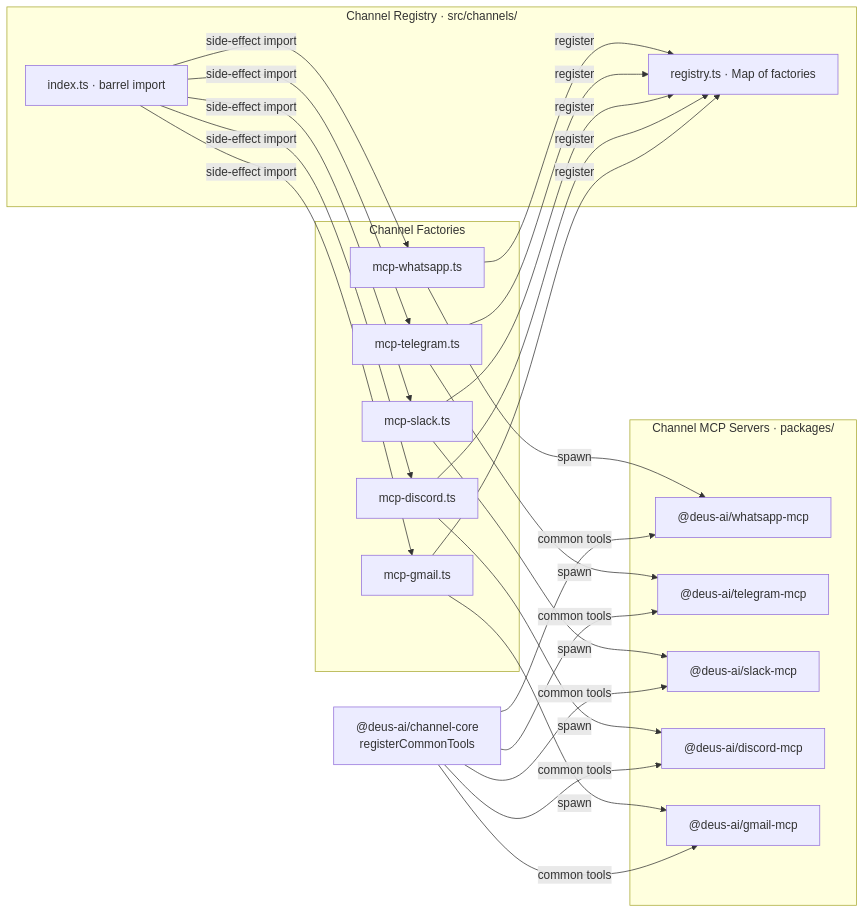
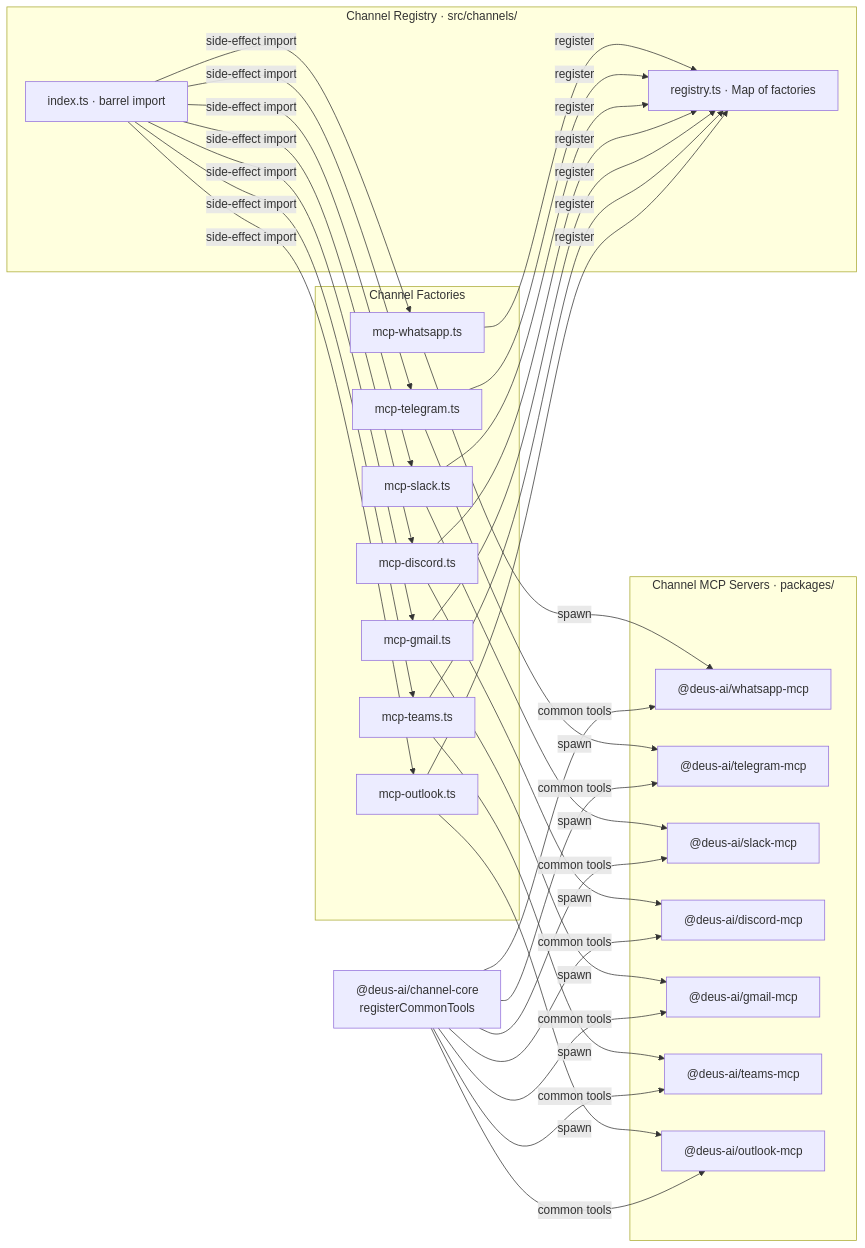
The third of 8 diagrams in docs/ARCHITECTURE.md (sliamh11/deus-v2), drawn with Mermaid before and after one commit. The commit also changed other lines of this file and 16 other files, not shown here.

First line of the commit message:
docs: correct Teams/Outlook channel disposition (LIA-392) (#26)

````diff
--- a/docs/ARCHITECTURE.md
+++ b/docs/ARCHITECTURE.md
@@ -129,38 +131,46 @@
 ```mermaid
 graph LR
     subgraph Registry["Channel Registry · src/channels/"]
         IDX[index.ts · barrel import]
         REG[registry.ts · Map of factories]
     end
 
     subgraph Factories["Channel Factories"]
         F_WA[mcp-whatsapp.ts]
         F_TG[mcp-telegram.ts]
         F_SL[mcp-slack.ts]
         F_DC[mcp-discord.ts]
         F_GM[mcp-gmail.ts]
+        F_TM[mcp-teams.ts]
+        F_OL[mcp-outlook.ts]
     end
 
     subgraph Servers["Channel MCP Servers · packages/"]
         S_WA["@deus-ai/whatsapp-mcp"]
         S_TG["@deus-ai/telegram-mcp"]
         S_SL["@deus-ai/slack-mcp"]
         S_DC["@deus-ai/discord-mcp"]
         S_GM["@deus-ai/gmail-mcp"]
+        S_TM["@deus-ai/teams-mcp"]
+        S_OL["@deus-ai/outlook-mcp"]
     end
 
     CORE["@deus-ai/channel-core<br/>registerCommonTools"]
 
-    IDX -->|side-effect import| F_WA & F_TG & F_SL & F_DC & F_GM
+    IDX -->|side-effect import| F_WA & F_TG & F_SL & F_DC & F_GM & F_TM & F_OL
     F_WA -->|register| REG
     F_TG -->|register| REG
     F_SL -->|register| REG
     F_DC -->|register| REG
     F_GM -->|register| REG
+    F_TM -->|register| REG
+    F_OL -->|register| REG
     F_WA -->|spawn| S_WA
     F_TG -->|spawn| S_TG
     F_SL -->|spawn| S_SL
     F_DC -->|spawn| S_DC
     F_GM -->|spawn| S_GM
-    CORE -->|common tools| S_WA & S_TG & S_SL & S_DC & S_GM
+    F_TM -->|spawn| S_TM
+    F_OL -->|spawn| S_OL
+    CORE -->|common tools| S_WA & S_TG & S_SL & S_DC & S_GM & S_TM & S_OL
 ```
````
